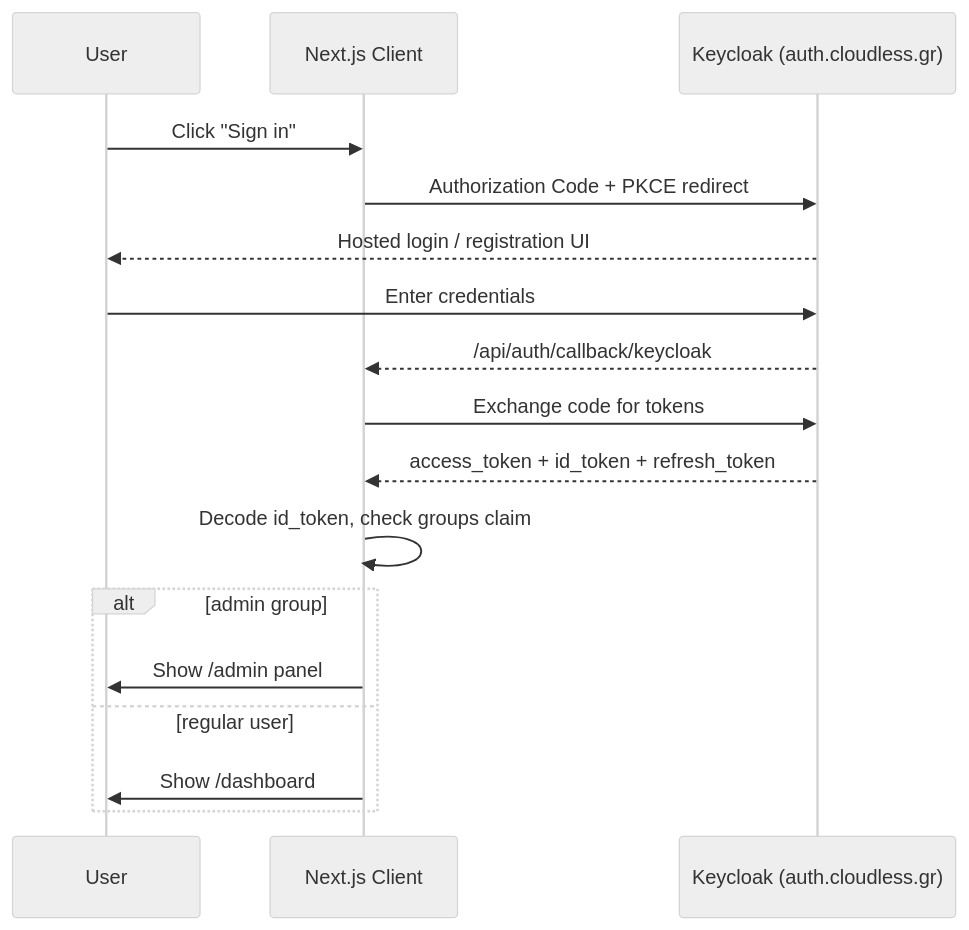
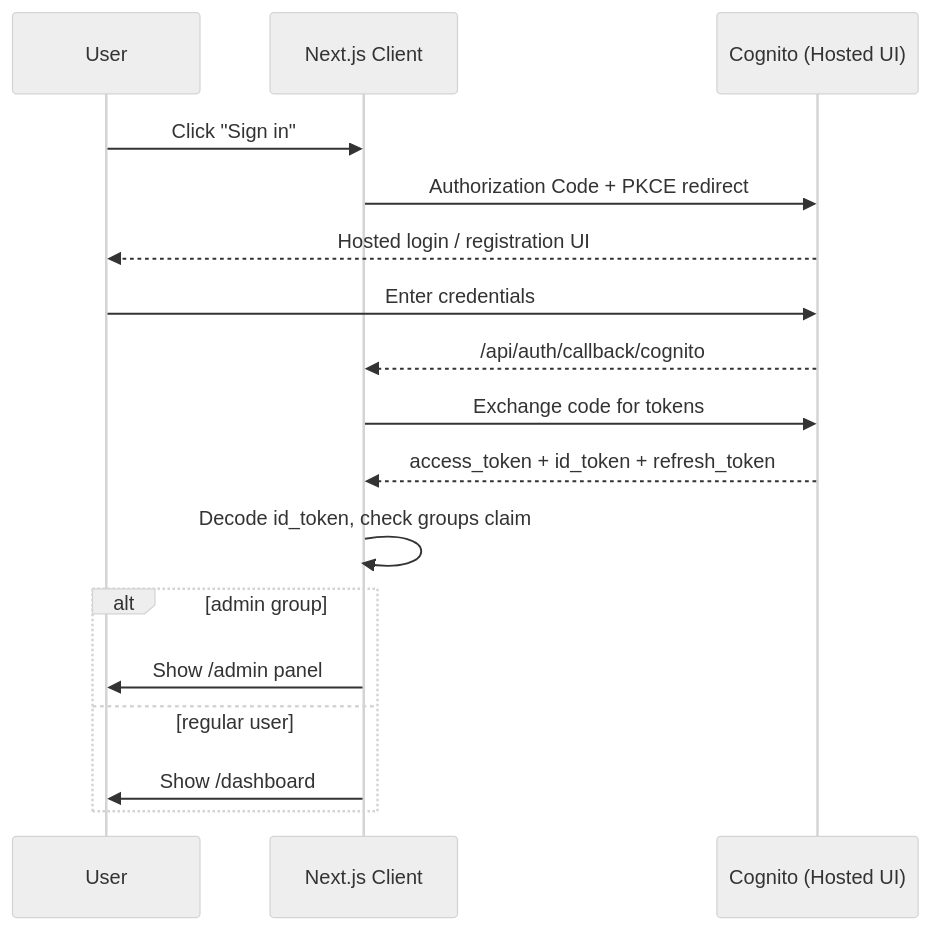
Before and after one commit to Themis128/cloudless.gr: the first of 4 diagrams in AGENTS.md, drawn with Mermaid (neutral theme). The commit also changed other lines of this file and 53 other files, not shown here.

First line of the commit message:
chore(auth): remove Keycloak completely

````diff
--- a/AGENTS.md
+++ b/AGENTS.md
@@ -200,20 +200,20 @@
 ```mermaid
 sequenceDiagram
     participant U as User
     participant App as Next.js Client
-    participant KC as Keycloak (auth.cloudless.gr)
+    participant KC as Cognito (Hosted UI)
 
     U->>App: Click "Sign in"
     App->>KC: Authorization Code + PKCE redirect
     KC-->>U: Hosted login / registration UI
     U->>KC: Enter credentials
-    KC-->>App: /api/auth/callback/keycloak
+    KC-->>App: /api/auth/callback/cognito
     App->>KC: Exchange code for tokens
     KC-->>App: access_token + id_token + refresh_token
     App->>App: Decode id_token, check groups claim
     alt admin group
         App->>U: Show /admin panel
     else regular user
         App->>U: Show /dashboard
     end
 ```
````
